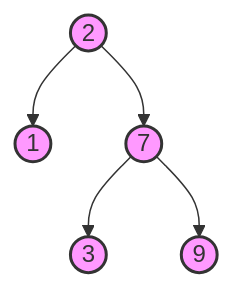
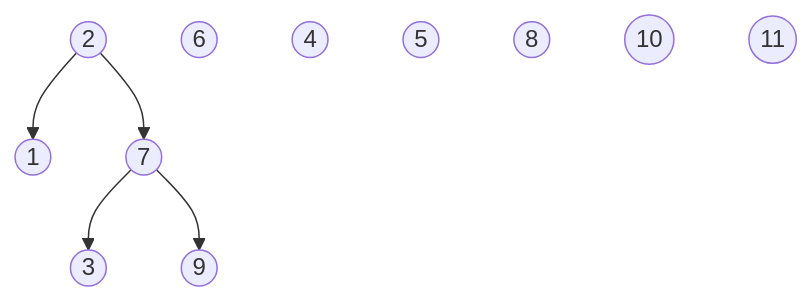
One commit to bingcheng1998/VE281 changed the first of 3 diagrams in Written-Assignment/HW6.md. Above: the diagram before and after it, drawn with Mermaid. The commit also changed other lines of this file and 1 other file, not shown here.

````diff
--- a/Written-Assignment/HW6.md
+++ b/Written-Assignment/HW6.md
@@ -1,23 +12,31 @@
 ```mermaid
 graph TD;
-	%% default node
-	classDef default fill:#f9f,stroke:#333,stroke-width:2px;
 	%% red node
-	%%classDef black fill:#DCDCDC,stroke:#333,stroke-width:4px;
+	classDef black fill:#DCDCDC,stroke:#333,stroke-width:4px;
 	%% black node
-	%%classDef red fill:#FF4500,stroke:#FF9,stroke-width:1px;
+	classDef red fill:#FF4500,stroke:#FF9,stroke-width:1px;
 	%% list all nodes
-	2((2))
-	1((1))
-	3((3))
-	7((7))
-	9((9))
+	%% Q1
+	a((2))
+	b((1))
+	c((3))
+	d((7))
+	e((9))
+	%% Q2
+	f((6))
+	%% Q3
+	g((4))
+	h((5))
+	%% Q4
+	i((8))
+	j((10))
+	k((11))
 	%% def tree connection
-	2-->1;
-	2-->7;
-	7-->3;
-	7-->9;
+	a-->b;
+	a-->d;
+	d-->c;
+	d-->e;
 	%% def style of nodes
-	%%class 3,7 black
-	%%class 1,9 red
+	%% class 3,7 black
+	%% class 1,9 red
 ```
````
